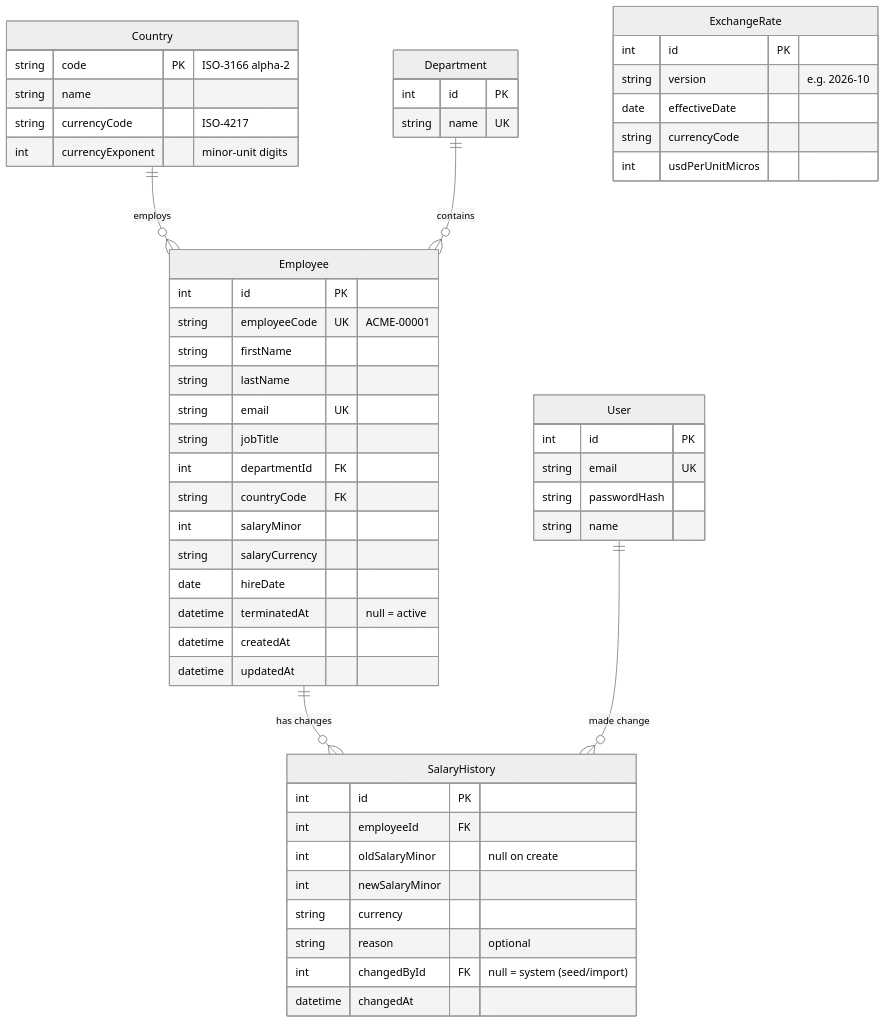
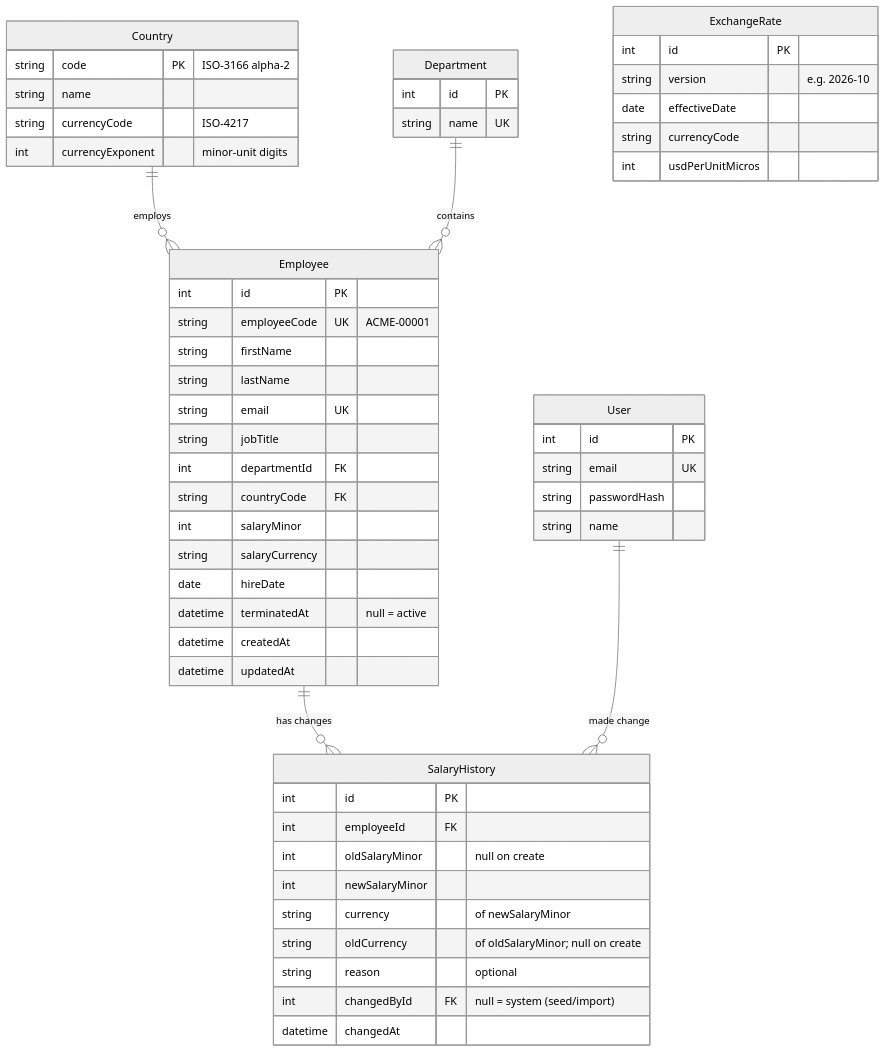
One commit to bilalaslam1122/acme-salary-manager changed the second of 2 diagrams in context/architecture.md. Above: the diagram before and after it, drawn with Mermaid (neutral theme). The commit also changed other lines of this file and 17 other files, not shown here.

````diff
--- a/context/architecture.md
+++ b/context/architecture.md
@@ -77,57 +77,58 @@
 ```mermaid
 erDiagram
   Country ||--o{ Employee : employs
   Department ||--o{ Employee : contains
   Employee ||--o{ SalaryHistory : "has changes"
   User ||--o{ SalaryHistory : "made change"
 
   Country {
     string code PK "ISO-3166 alpha-2"
     string name
     string currencyCode "ISO-4217"
     int currencyExponent "minor-unit digits"
   }
   Department {
     int id PK
     string name UK
   }
   Employee {
     int id PK
     string employeeCode UK "ACME-00001"
     string firstName
     string lastName
     string email UK
     string jobTitle
     int departmentId FK
     string countryCode FK
     int salaryMinor
     string salaryCurrency
     date hireDate
     datetime terminatedAt "null = active"
     datetime createdAt
     datetime updatedAt
   }
   ExchangeRate {
     int id PK
     string version "e.g. 2026-10"
     date effectiveDate
     string currencyCode
     int usdPerUnitMicros
   }
   SalaryHistory {
     int id PK
     int employeeId FK
     int oldSalaryMinor "null on create"
     int newSalaryMinor
-    string currency
+    string currency "of newSalaryMinor"
+    string oldCurrency "of oldSalaryMinor; null on create"
     string reason "optional"
     int changedById FK "null = system (seed/import)"
     datetime changedAt
   }
   User {
     int id PK
     string email UK
     string passwordHash
     string name
   }
 ```
````
